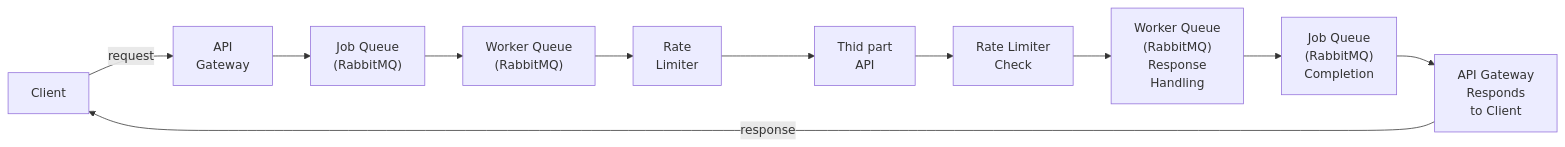
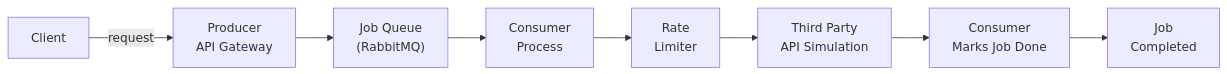
Before and after one commit to ismaelpamplona/api-queue-manager: the diagram in README.md, drawn with Mermaid. The commit also changed other lines of this file, not shown here.

````diff
--- a/README.md
+++ b/README.md
@@ -3,13 +3,17 @@
 ```mermaid
 flowchart LR
-    A[Client] --> |request| B[API \n Gateway]
-    B --> C["Job Queue \n (RabbitMQ)"]
-    C --> D["Worker Queue \n (RabbitMQ)"]
-    D --> E[Rate \n Limiter]
-    E --> F[Thid part \n API]
-    F --> G[Rate Limiter \n Check]
-    G --> H["Worker Queue \n (RabbitMQ) \n Response \n Handling"]
-    H --> I["Job Queue \n (RabbitMQ) \n Completion"]
-    I --> J[API Gateway \n Responds \n to Client]
-    J --> |response| A
+    A[Client] --> |request| B[Producer
+ API Gateway]
+    B --> C["Job Queue
+ (RabbitMQ)"]
+    C --> D[Consumer
+ Process]
+    D --> E[Rate
+Limiter]
+    E --> F[Third Party
+ API Simulation]
+    F --> G[Consumer
+ Marks Job Done]
+    G --> H[Job
+Completed]
 ```
````
